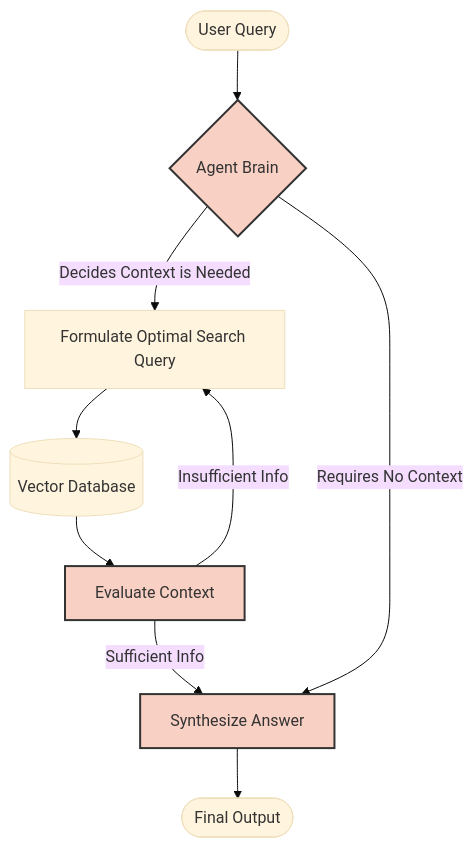
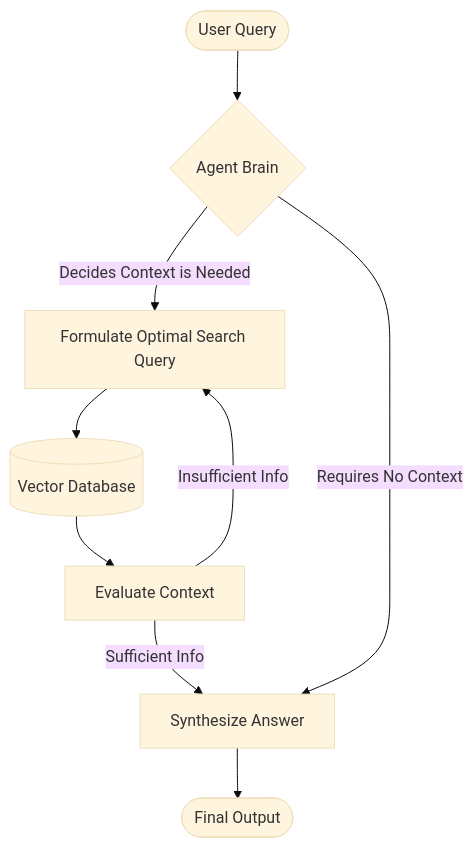
The third of 3 diagrams in docs/llms/intro-agents.md (kaimibk/Software-Dev-Bootcamp), drawn with Mermaid (base theme) before and after one commit. The commit also changed other lines of this file, not shown here.

Commit message:
fix: change colors

````diff
--- a/docs/llms/intro-agents.md
+++ b/docs/llms/intro-agents.md
@@ -130,15 +126,11 @@
 ```mermaid
 graph TD
     A([User Query]) --> B{Agent Brain}
     B -->|Decides Context is Needed| C[Formulate Optimal Search Query]
     C --> D[(Vector Database)]
     D --> E[Evaluate Context]
     E -->|Insufficient Info| C
     E -->|Sufficient Info| F[Synthesize Answer]
     B -->|Requires No Context| F
     F --> G([Final Output])
-    
-    classDef llm fill:#f9d0c4,stroke:#333,stroke-width:2px;
-    class B,E,F llm;
-
 ```
````
